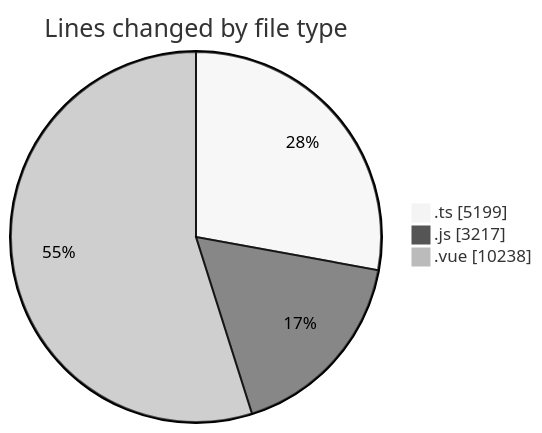
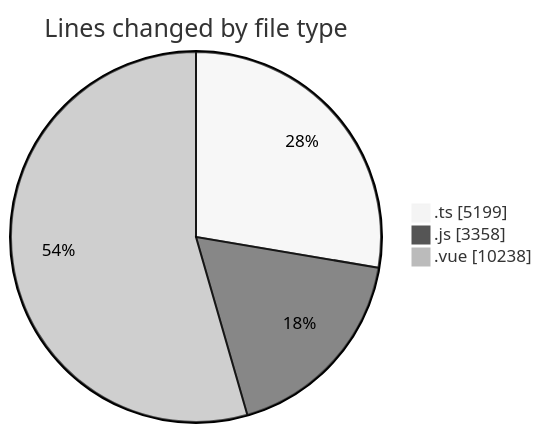
One commit to lephambinh05/code-tracking changed the first of 2 diagrams in 2025-08-16/rentotp/README.md. Above: the diagram before and after it, drawn with Mermaid (neutral theme). The commit also changed other lines of this file and 1 other file, not shown here.

````diff
--- a/2025-08-16/rentotp/README.md
+++ b/2025-08-16/rentotp/README.md
@@ -79,7 +81,7 @@
 ```mermaid
 pie showData
 title Lines changed by file type
 ".ts" : 5199
-".js" : 3217
+".js" : 3358
 ".vue" : 10238
 ```
````
